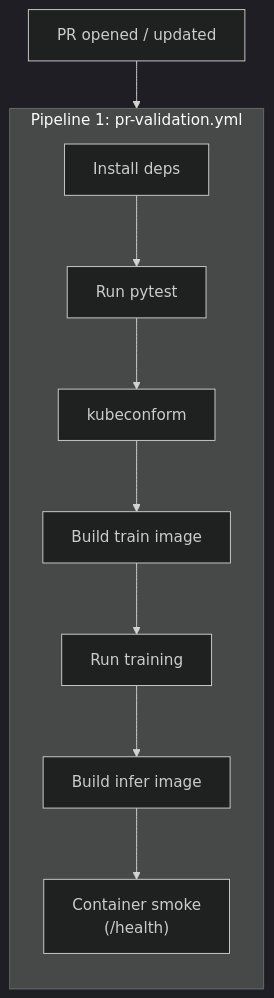
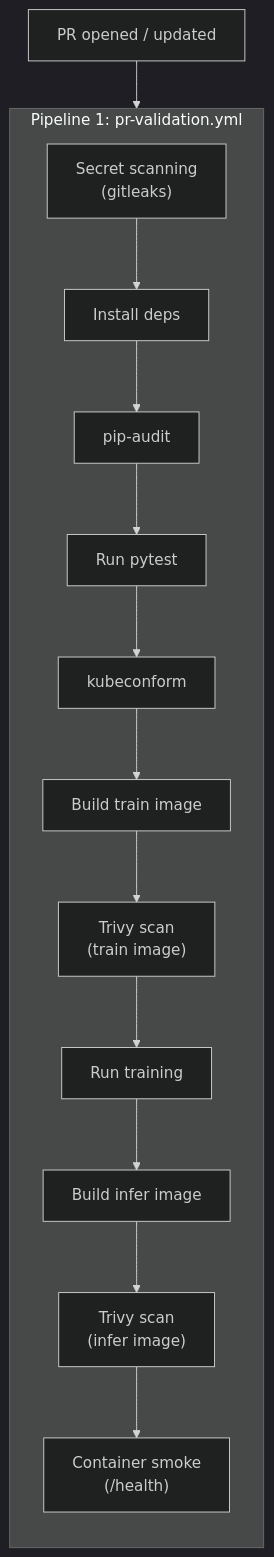
One commit to Annemarie-Bester/marketing-model-mlops-azure changed the first of 5 diagrams in docs/ci-cd-pipeline.md. Above: the diagram before and after it, drawn with Mermaid (dark theme). The commit also changed other lines of this file and 4 other files, not shown here.

````diff
--- a/docs/ci-cd-pipeline.md
+++ b/docs/ci-cd-pipeline.md
@@ -11,17 +11,21 @@
 ```mermaid
 flowchart TD
     subgraph PR["Pipeline 1: pr-validation.yml"]
         direction TB
+        PR_GITLEAKS["Secret scanning\n(gitleaks)"]
         PR_INSTALL["Install deps"]
+        PR_AUDIT["pip-audit"]
         PR_TEST["Run pytest"]
         PR_K8S["kubeconform"]
         PR_TRAIN_BUILD["Build train image"]
+        PR_TRIVY_TRAIN["Trivy scan\n(train image)"]
         PR_TRAIN_RUN["Run training"]
         PR_INFER_BUILD["Build infer image"]
+        PR_TRIVY_INFER["Trivy scan\n(infer image)"]
         PR_SMOKE["Container smoke\n(/health)"]
 
-        PR_INSTALL --> PR_TEST --> PR_K8S --> PR_TRAIN_BUILD --> PR_TRAIN_RUN --> PR_INFER_BUILD --> PR_SMOKE
+        PR_GITLEAKS --> PR_INSTALL --> PR_AUDIT --> PR_TEST --> PR_K8S --> PR_TRAIN_BUILD --> PR_TRIVY_TRAIN --> PR_TRAIN_RUN --> PR_INFER_BUILD --> PR_TRIVY_INFER --> PR_SMOKE
     end
 
     PR_EVENT["PR opened / updated"] --> PR
 ```
````
